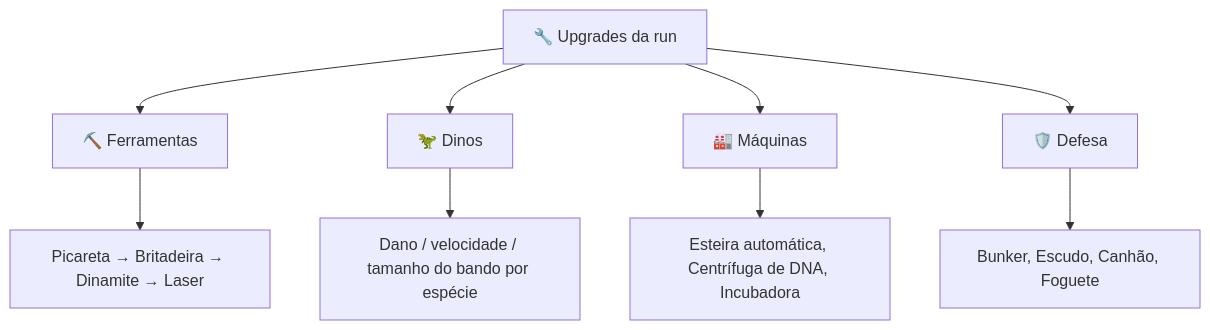
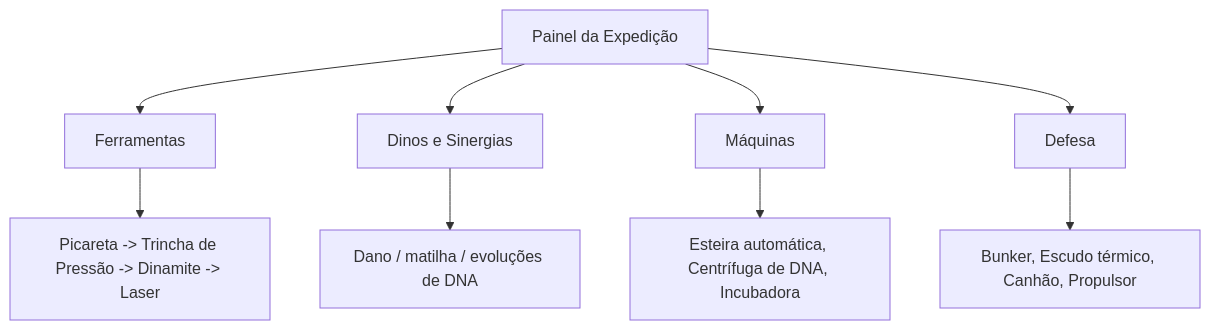
Before and after one commit to moretin/projeto-banger: the second of 2 diagrams in docs/GDD.md, drawn with Mermaid. The commit also changed other lines of this file and 406 other files, not shown here.

````diff
--- a/docs/GDD.md
+++ b/docs/GDD.md
@@ -93,11 +93,11 @@
 ```mermaid
 flowchart TD
-    U["🔧 Upgrades da run"] --> F["⛏️ Ferramentas"]
-    U --> D["🦖 Dinos"]
-    U --> M["🏭 Máquinas"]
-    U --> S["🛡️ Defesa"]
-    F --> F1["Picareta → Britadeira → Dinamite → Laser"]
-    D --> D1["Dano / velocidade / tamanho do bando por espécie"]
+    U["Painel da Expedição"] --> F["Ferramentas"]
+    U --> D["Dinos e Sinergias"]
+    U --> M["Máquinas"]
+    U --> S["Defesa"]
+    F --> F1["Picareta -> Trincha de Pressão -> Dinamite -> Laser"]
+    D --> D1["Dano / matilha / evoluções de DNA"]
     M --> M1["Esteira automática, Centrífuga de DNA, Incubadora"]
-    S --> S1["Bunker, Escudo, Canhão, Foguete"]
+    S --> S1["Bunker, Escudo térmico, Canhão, Propulsor"]
 ```
````
